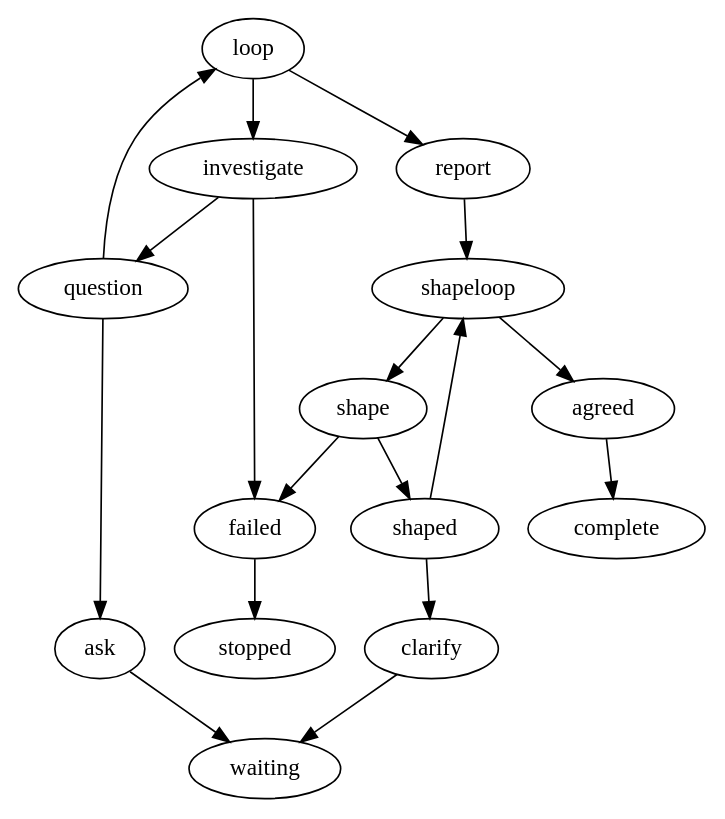
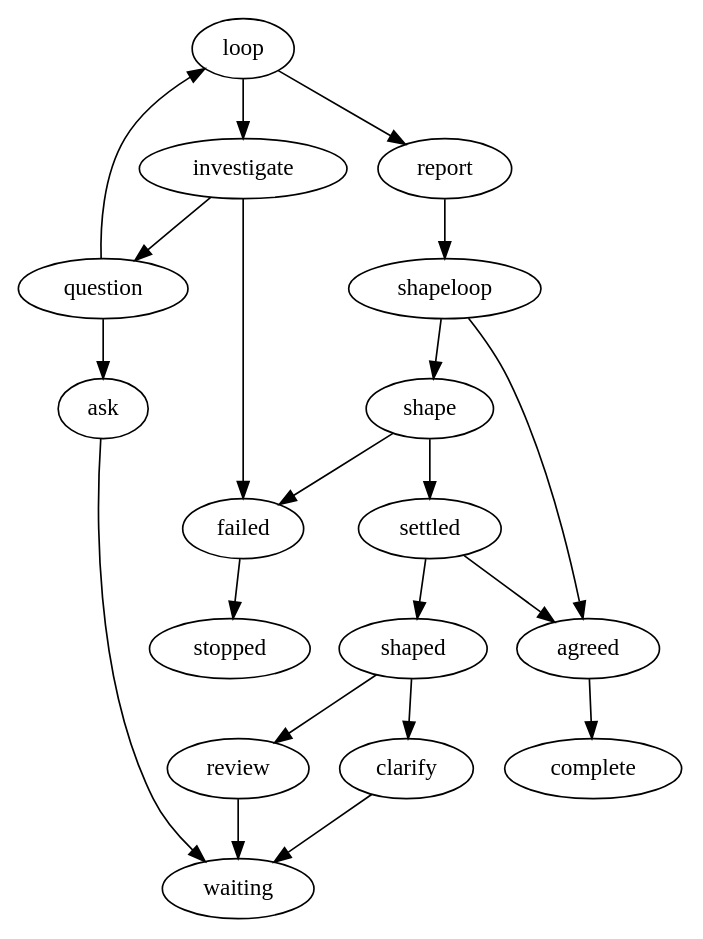
The diagram in internal/teamsource/research/research.dot (marioatcloudvane/litefactory), drawn with Graphviz before and after one commit. The commit also changed 5 other files, not shown here.

```diff
--- a/internal/teamsource/research/research.dot
+++ b/internal/teamsource/research/research.dot
@@ -1,28 +1,37 @@
-// Two owner-authorized stages, each one reasoning role. Limits persist across replies.
+// Two owner-authorized stages, each one reasoning role. Research is an
+// introduction: one pass, publish, hand on. Shaping is where the work happens,
+// so it cannot advance on its own — the only edge into its final publication
+// needs "approved", which an agent may only return when an owner reply said so.
+// Everything else loops back for another pass.
+// Limits persist across replies.
 // Every loop, branch and comment names the agent whose response it reads, so the
 // shaping stage bootstraps from its own default instead of inheriting
 // clarification's. One run advances one stage: publishing the report parks the
 // instance and a graph dispatch carries it into the run that continues it.
 // The ask default initializes only the first evaluation of each stage.
 digraph research {
  graph [team="builtin", mode="research", profile_version="1", start="loop"];
  loop [lf_action="lf_research_loop", lf_outcomes="true,false", lf_field="response", lf_condition="ask", lf_default="ask", lf_limit="8", lf_source="investigate"];
  investigate [lf_action="lf_research_agent", lf_outcomes="success,failed", lf_agent_markdown="research", lf_skills="research-evidence", lf_limit="8"];
  question [lf_action="lf_research_if", lf_outcomes="true,false", lf_field="response", lf_condition="ask", lf_limit="8", lf_source="investigate"];
  ask [lf_action="lf_research_comment", lf_outcomes="published", lf_kind="question", lf_limit="8", lf_source="investigate"];
  report [lf_action="lf_research_comment", lf_outcomes="published", lf_kind="final", lf_limit="1", lf_source="investigate"];
  shapeloop [lf_action="lf_research_loop", lf_outcomes="true,false", lf_field="response", lf_condition="ask", lf_default="ask", lf_limit="8", lf_source="shape"];
  shape [lf_action="lf_research_agent", lf_outcomes="success,failed", lf_agent_markdown="shaping", lf_skills="research-evidence", lf_limit="8"];
+ settled [lf_action="lf_research_if", lf_outcomes="true,false", lf_field="response", lf_condition="approved", lf_limit="8", lf_source="shape"];
  shaped [lf_action="lf_research_if", lf_outcomes="true,false", lf_field="response", lf_condition="ask", lf_limit="8", lf_source="shape"];
+ review [lf_action="lf_research_comment", lf_outcomes="published", lf_kind="question", lf_limit="8", lf_source="shape"];
  clarify [lf_action="lf_research_comment", lf_outcomes="published", lf_kind="question", lf_limit="8", lf_source="shape"];
  agreed [lf_action="lf_research_comment", lf_outcomes="published", lf_kind="final", lf_limit="1", lf_source="shape"];
  failed [lf_action="lf_research_comment", lf_outcomes="published", lf_kind="failure", lf_limit="1"];
  waiting [lf_terminal="true"];complete [lf_terminal="true"];stopped [lf_terminal="true"];
  loop -> investigate [lf_on="true"];loop -> report [lf_on="false"];
  investigate -> question [lf_on="success"];question -> ask [lf_on="true"];question -> loop [lf_on="false"];
  ask -> waiting [lf_on="published"];report -> shapeloop [lf_on="published"];
  shapeloop -> shape [lf_on="true"];shapeloop -> agreed [lf_on="false"];
- shape -> shaped [lf_on="success"];shaped -> clarify [lf_on="true"];shaped -> shapeloop [lf_on="false"];
+ shape -> settled [lf_on="success"];settled -> agreed [lf_on="true"];settled -> shaped [lf_on="false"];
+ shaped -> clarify [lf_on="true"];shaped -> review [lf_on="false"];
+ review -> waiting [lf_on="published"];
  clarify -> waiting [lf_on="published"];agreed -> complete [lf_on="published"];
  investigate -> failed [lf_on="failed"];shape -> failed [lf_on="failed"];failed -> stopped [lf_on="published"];
 }
```
